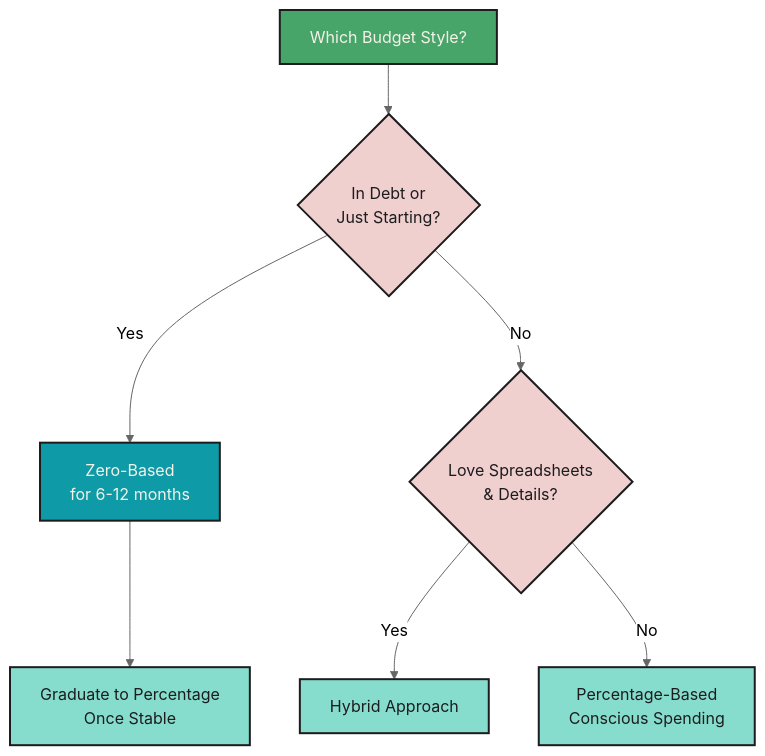
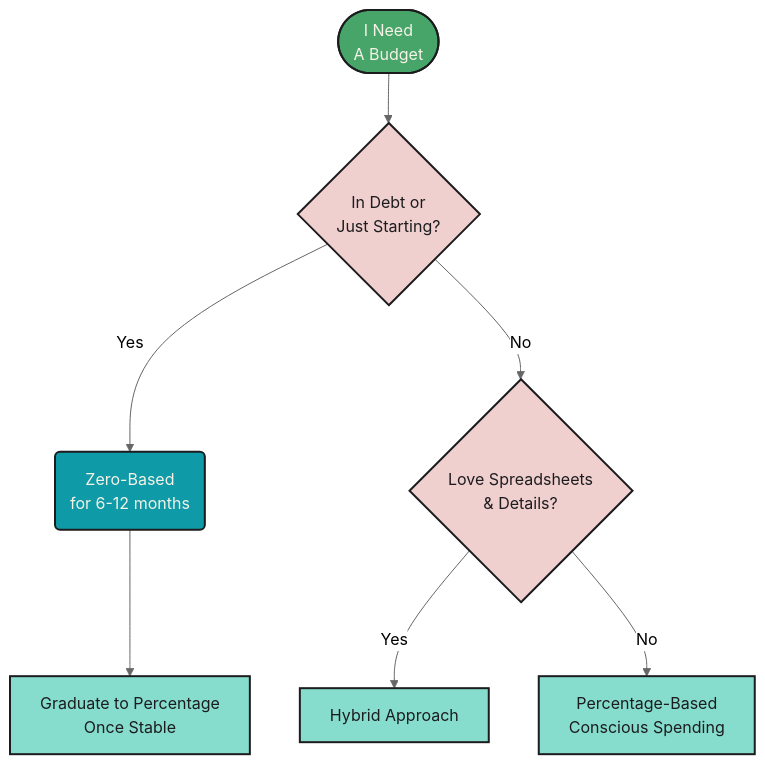
The second of 4 diagrams in budgeting.qmd (mjfrigaard/fm-finance), drawn with Mermaid before and after one commit. The commit also changed other lines of this file and 4 other files, not shown here.

````diff
--- a/budgeting.qmd
+++ b/budgeting.qmd
@@ -194,20 +183,22 @@
 ```{mermaid}
 %%| fig-cap: 'Which Budget To Choose?'
 %%| fig-align: center
 %%{init: {'theme': 'neutral', 'themeVariables': { 'fontFamily': 'monospace', "fontSize":"16px"}}}%%
 
 flowchart TD
-    Choose[Which Budget Style?] --> Question1{In Debt or<br/>Just Starting?}
-    Question1 -->|Yes| ZeroBased[Zero-Based<br/>for 6-12 months]
-    Question1 -->|No| Question2{Love Spreadsheets<br/>& Details?}
-    Question2 -->|Yes| Hybrid[Hybrid Approach]
-    Question2 -->|No| Percentage[Percentage-Based<br/>Conscious Spending]
-    ZeroBased --> Eventually[Graduate to Percentage<br/>Once Stable]
+    Choose(["I Need<br>A Budget"]) --> Question1{"In Debt or<br/>Just Starting?"}
+    Question1 -->|Yes| ZeroBased("Zero-Based<br/>for 6-12 months")
+    Question1 -->|No| Question2{"Love Spreadsheets<br/>& Details?"}
+    Question2 -->|Yes| Hybrid["Hybrid Approach"]
+    Question2 -->|No| Percentage["Percentage-Based<br/>Conscious Spending"]
+    ZeroBased --> Eventually["Graduate to Percentage<br/>Once Stable"]
+    
+    
     style Choose fill:#48a56a,color:#F5F2E8,stroke:#1C1C1E,stroke-width:2px
     style Question1 fill:#f0cfcf,color:#1C1C1E,stroke:#1C1C1E,stroke-width:2px
     style Question2 fill:#f0cfcf,color:#1C1C1E,stroke:#1C1C1E,stroke-width:2px
     style ZeroBased fill:#0e9aa7,color:#F5F2E8,stroke:#1C1C1E,stroke-width:2px
     style Hybrid fill:#86ddcd,color:#1C1C1E,stroke:#1C1C1E,stroke-width:2px
     style Percentage fill:#86ddcd,color:#1C1C1E,stroke:#1C1C1E,stroke-width:2px
     style Eventually fill:#86ddcd,color:#1C1C1E,stroke:#1C1C1E,stroke-width:2px
 ```
````
